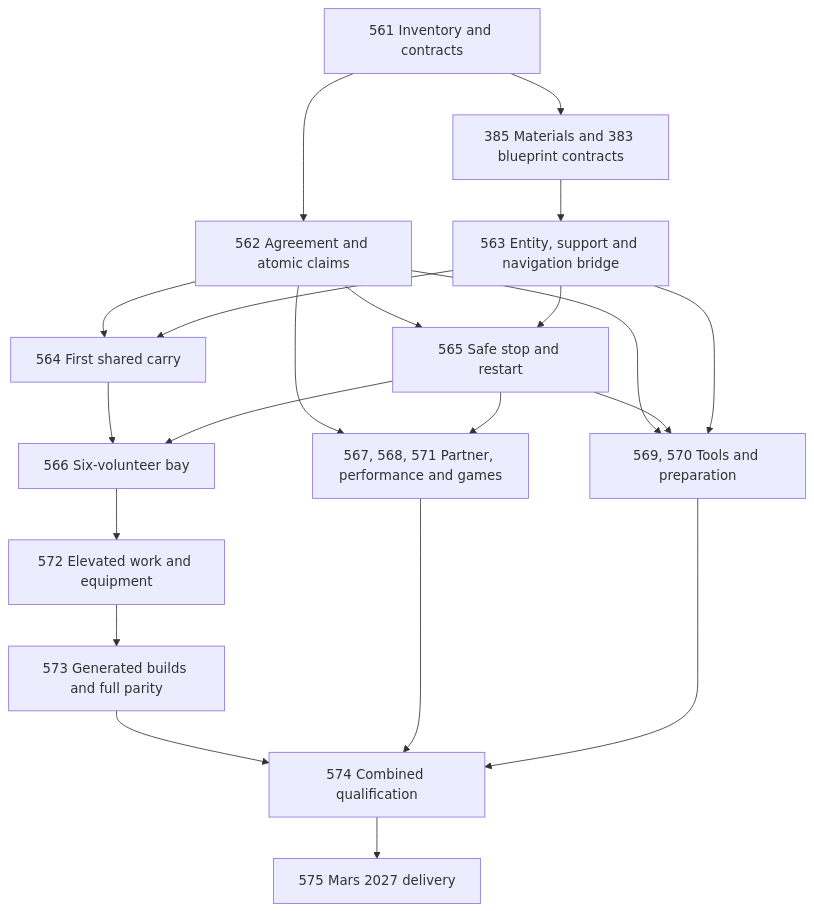
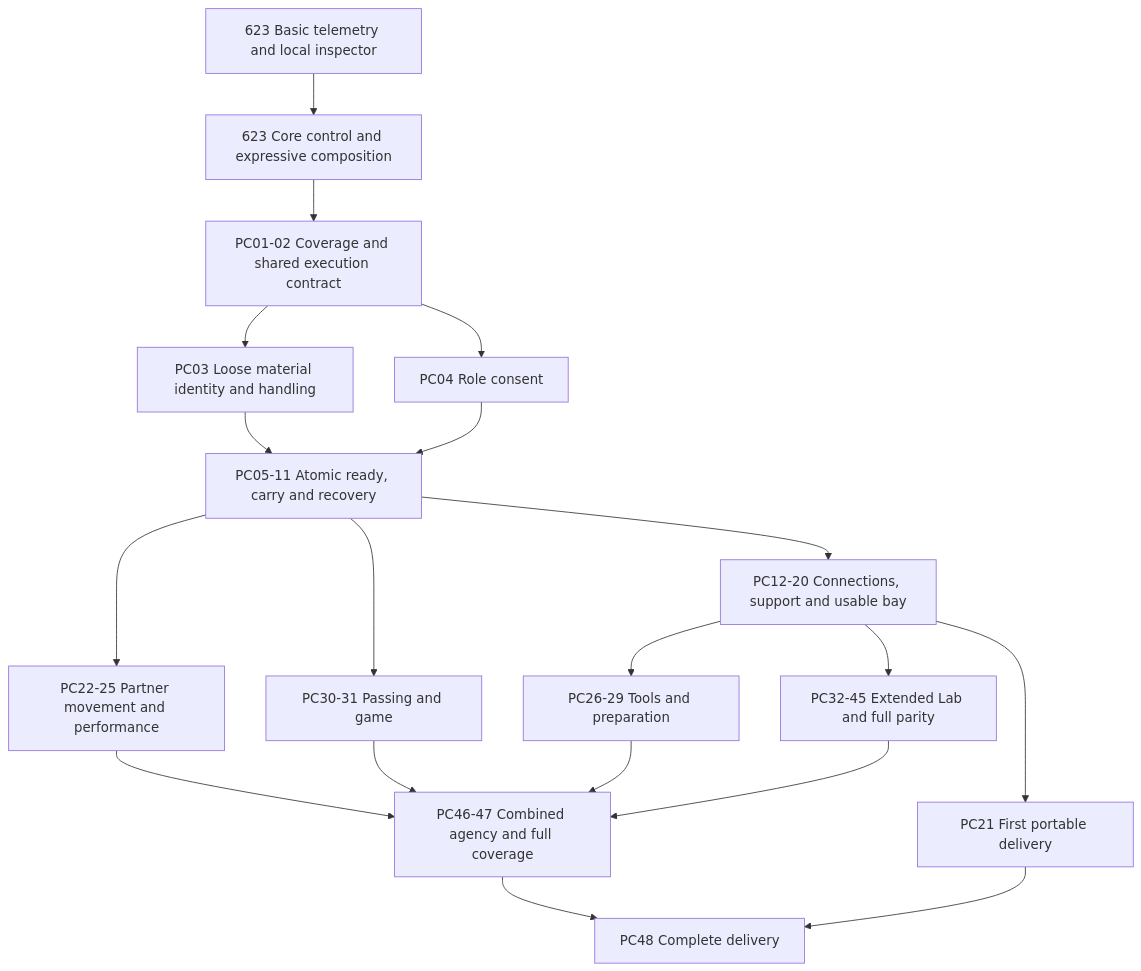
The diagram in docs/design/physical-coordination.md (genekogan/souls), drawn with Mermaid before and after one commit. The commit also changed other lines of this file and 4 other files, not shown here.

````diff
--- a/docs/design/physical-coordination.md
+++ b/docs/design/physical-coordination.md
@@ -224,23 +238,21 @@
 ```mermaid
 flowchart TD
-  A[561 Inventory and contracts] --> S[562 Agreement and atomic claims]
-  A --> M[385 Materials and 383 blueprint contracts]
-  M --> B[563 Entity, support and navigation bridge]
-  S --> C[564 First shared carry]
-  B --> C
-  S --> R[565 Safe stop and restart]
-  B --> R
-  C --> D[566 Six-volunteer bay]
-  R --> D
-  D --> E[572 Elevated work and equipment]
-  E --> F[573 Generated builds and full parity]
-  S --> P[567, 568, 571 Partner, performance and games]
-  R --> P
-  S --> T[569, 570 Tools and preparation]
-  R --> T
-  B --> T
-  F --> Q[574 Combined qualification]
-  P --> Q
+  O[623 Basic telemetry and local inspector] --> K[623 Core control and expressive composition]
+  K --> A[PC01-02 Coverage and shared execution contract]
+  A --> M[PC03 Loose material identity and handling]
+  A --> S[PC04 Role consent]
+  M --> C[PC05-11 Atomic ready, carry and recovery]
+  S --> C
+  C --> B[PC12-20 Connections, support and usable bay]
+  B --> D[PC21 First portable delivery]
+  C --> P[PC22-25 Partner movement and performance]
+  C --> G[PC30-31 Passing and game]
+  B --> T[PC26-29 Tools and preparation]
+  B --> E[PC32-45 Extended Lab and full parity]
+  P --> Q[PC46-47 Combined agency and full coverage]
+  G --> Q
   T --> Q
-  Q --> L[575 Mars 2027 delivery]
+  E --> Q
+  Q --> L[PC48 Complete delivery]
+  D --> L
 ```
````
